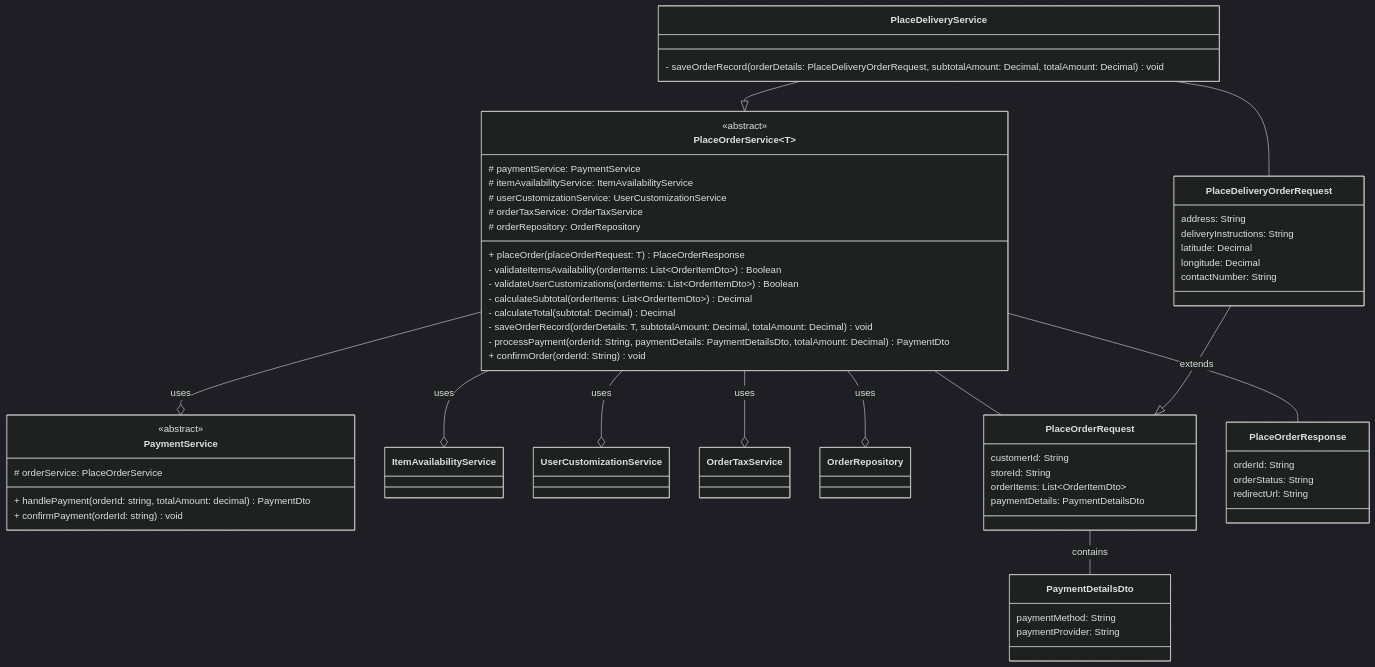
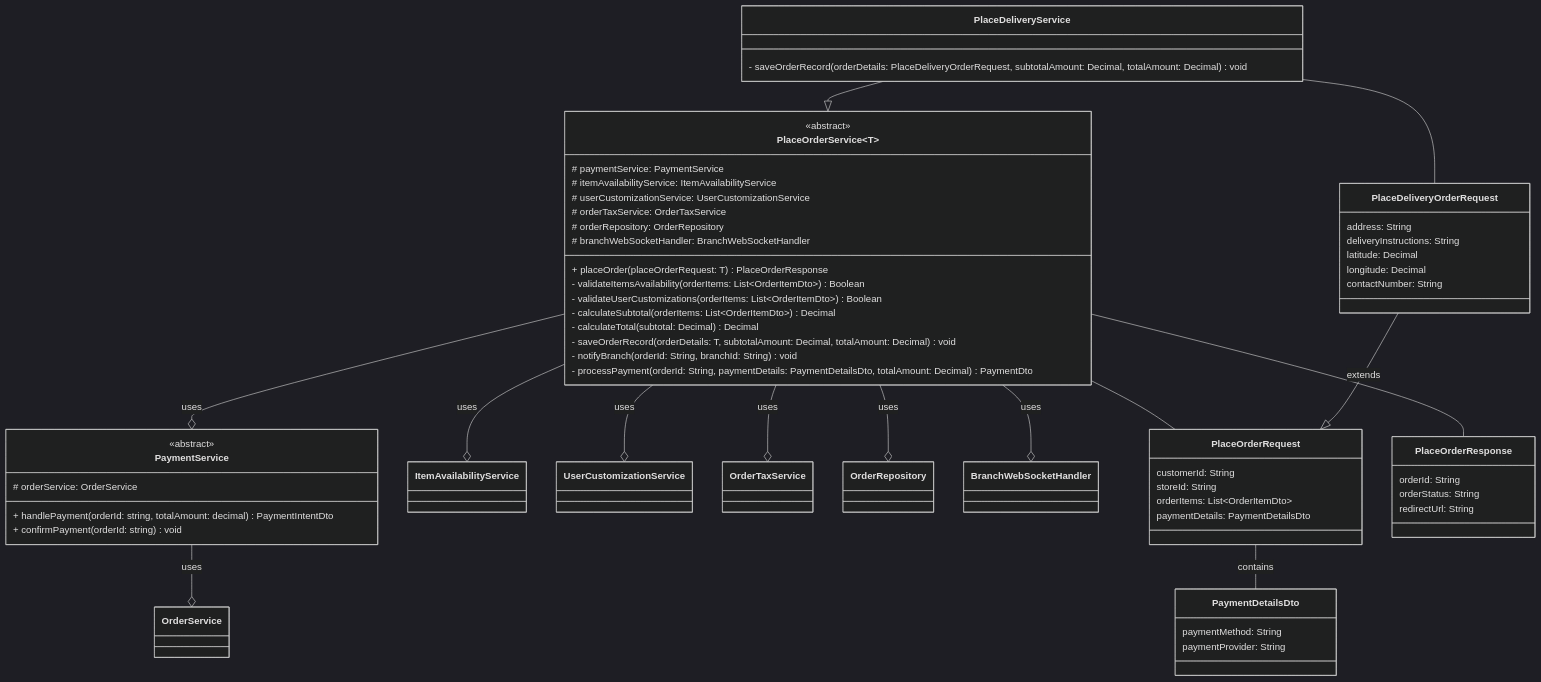
The diagram in OrdrMate/Features/Orders/PlaceOrder/classes.mermaid (devAhmedMustafa/OrdrMate), drawn with Mermaid (dark theme) before and after one commit. The commit also changed 6 other files, not shown here.

Commit message:
PlaceOrderService

```diff
--- a/OrdrMate/Features/Orders/PlaceOrder/classes.mermaid
+++ b/OrdrMate/Features/Orders/PlaceOrder/classes.mermaid
@@ -1,73 +1,78 @@
 classDiagram
     class PlaceOrderService ~T~{
         <<abstract>>
         <<where T : PlaceOrderRequest>>
         # paymentService: PaymentService
         # itemAvailabilityService: ItemAvailabilityService
         # userCustomizationService: UserCustomizationService
         # orderTaxService: OrderTaxService
         # orderRepository: OrderRepository
+        # branchWebSocketHandler: BranchWebSocketHandler
 
         + placeOrder(placeOrderRequest: T) PlaceOrderResponse
         - validateItemsAvailability(orderItems: List~OrderItemDto~) Boolean
         - validateUserCustomizations(orderItems: List~OrderItemDto~) Boolean
         - calculateSubtotal(orderItems: List~OrderItemDto~) Decimal
         - calculateTotal(subtotal: Decimal) Decimal
         - saveOrderRecord(orderDetails: T, subtotalAmount: Decimal, totalAmount: Decimal) void
+        - notifyBranch(orderId: String, branchId: String) void
         - processPayment(orderId: String, paymentDetails: PaymentDetailsDto, totalAmount: Decimal) PaymentDto
-        + confirmOrder(orderId: String) void
     }
 
     class PaymentService {
-        # orderService: PlaceOrderService
+        <<abstract>>
 
-        <<abstract>>
-        + handlePayment(orderId: string, totalAmount: decimal) PaymentDto
+        # orderService: OrderService
+
+        + handlePayment(orderId: string, totalAmount: decimal) PaymentIntentDto
         + confirmPayment(orderId: string) void
     }
+
+    PaymentService --o OrderService : uses
 
     PlaceOrderService --o PaymentService : uses
     PlaceOrderService --o ItemAvailabilityService : uses
     PlaceOrderService --o UserCustomizationService : uses
     PlaceOrderService --o OrderTaxService : uses
     PlaceOrderService --o OrderRepository : uses
+    PlaceOrderService --o BranchWebSocketHandler : uses
 
     class PlaceOrderRequest {
         customerId: String
         storeId: String
         orderItems: List~OrderItemDto~
         paymentDetails: PaymentDetailsDto
     }
 
     class PaymentDetailsDto {
         paymentMethod: String
         paymentProvider: String
     }
 
     PlaceOrderRequest -- PaymentDetailsDto : contains
     PlaceOrderService -- PlaceOrderRequest
 
     class PlaceOrderResponse {
         orderId: String
         orderStatus: String
         redirectUrl: String
     }
 
     PlaceOrderService -- PlaceOrderResponse
 
     class PlaceDeliveryService {
         - saveOrderRecord(orderDetails: PlaceDeliveryOrderRequest, subtotalAmount: Decimal, totalAmount: Decimal) void
     }
 
     class PlaceDeliveryOrderRequest {
         address: String
         deliveryInstructions: String
         latitude: Decimal
         longitude: Decimal
         contactNumber: String
     }
 
     PlaceDeliveryOrderRequest --|> PlaceOrderRequest : extends
 
     PlaceDeliveryService --|> PlaceOrderService
     PlaceDeliveryService -- PlaceDeliveryOrderRequest
```
